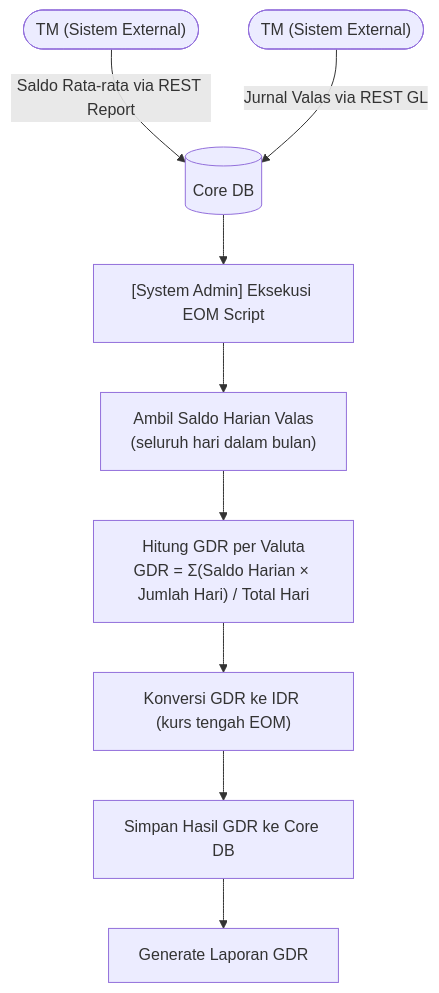
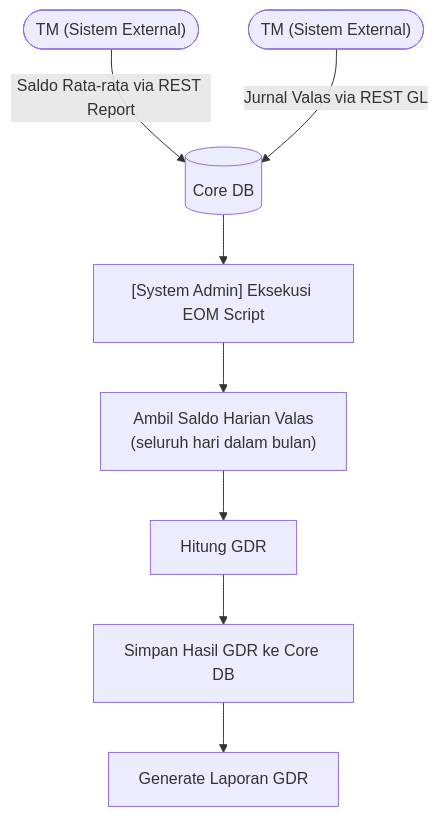
Before and after one commit to wisnu/ibank-docs: the ninth of 9 diagrams in docs/bcas/saku_valas/fsd_sakuvalas.md, drawn with Mermaid. The commit also changed other lines of this file, not shown here.

Commit message:
docs: simplify GDR calculation process and update related descriptions in FSD Saku Valas

````diff
--- a/docs/bcas/saku_valas/fsd_sakuvalas.md
+++ b/docs/bcas/saku_valas/fsd_sakuvalas.md
@@ -671,11 +671,10 @@
 ```mermaid
 flowchart TD
     TM1(["TM (Sistem External)"]) -->|"Saldo Rata-rata via REST Report"| DB[("Core DB")]
     TM2(["TM (Sistem External)"]) -->|"Jurnal Valas via REST GL"| DB
     DB --> A["[System Admin] Eksekusi EOM Script"]
     A --> B["Ambil Saldo Harian Valas\n(seluruh hari dalam bulan)"]
-    B --> C["Hitung GDR per Valuta\nGDR = Σ(Saldo Harian × Jumlah Hari) / Total Hari"]
-    C --> D["Konversi GDR ke IDR (kurs tengah EOM)"]
-    D --> E["Simpan Hasil GDR ke Core DB"]
-    E --> F["Generate Laporan GDR"]
+    B --> C["Hitung GDR"]
+    C --> D["Simpan Hasil GDR ke Core DB"]
+    D --> E["Generate Laporan GDR"]
 ```
````
